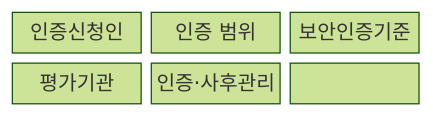
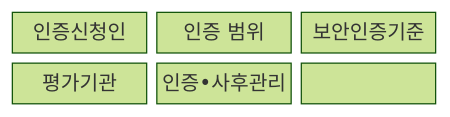
The first of 2 diagrams in src/content/docs/notes/08-latest-tech/184_csap.md (agnusdei1207/knowledge-base), drawn with Mermaid (forest theme) before and after one commit. The commit also changed other lines of this file and 953 other files, not shown here.

````diff
--- a/src/content/docs/notes/08-latest-tech/184_csap.md
+++ b/src/content/docs/notes/08-latest-tech/184_csap.md
@@ -67,11 +67,11 @@
 ```mermaid
 block-beta
   columns 3
   N0["인증신청인"]
   N1["인증 범위"]
   N2["보안인증기준"]
   N3["평가기관"]
-  N4["인증·사후관리"]
+  N4["인증•사후관리"]
   N0 --- N1 --- N2
   N2 --- N3 --- N4
 ```
````
